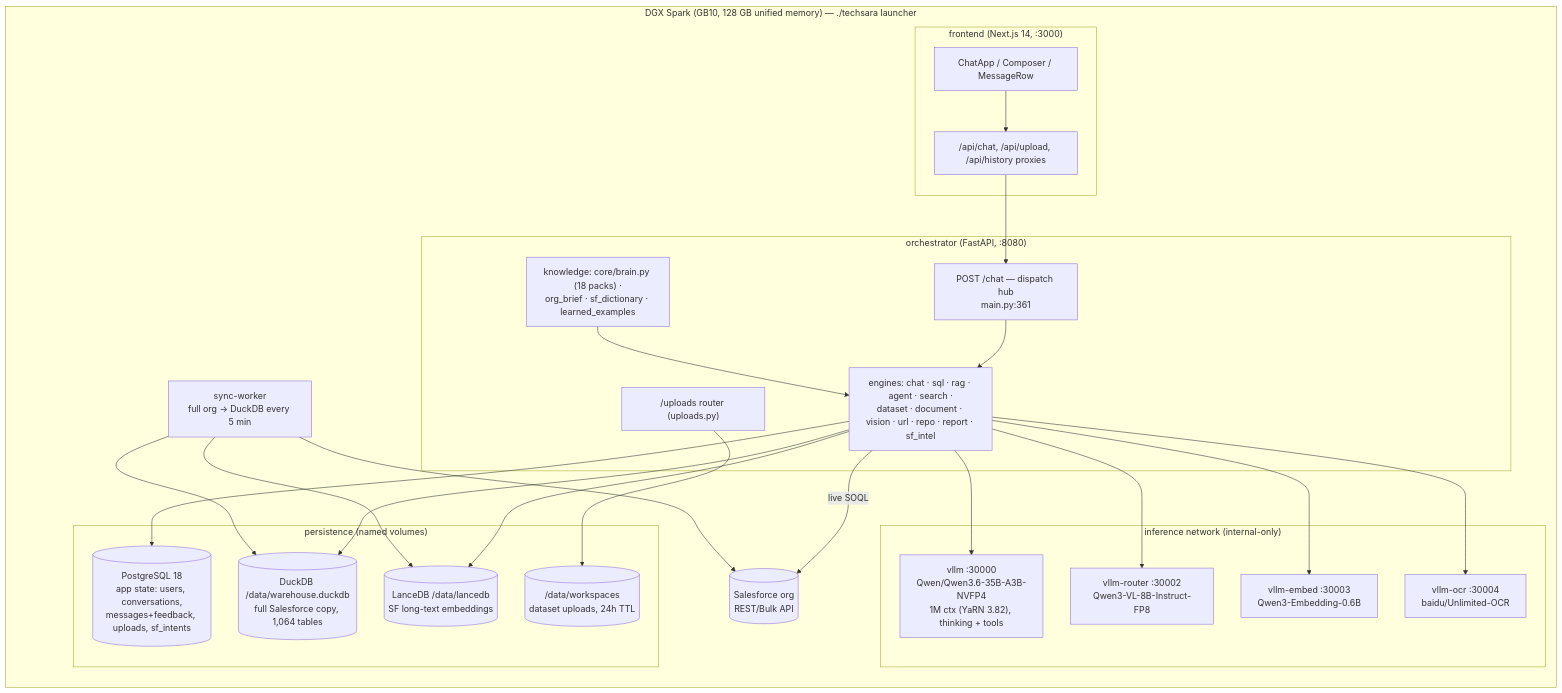
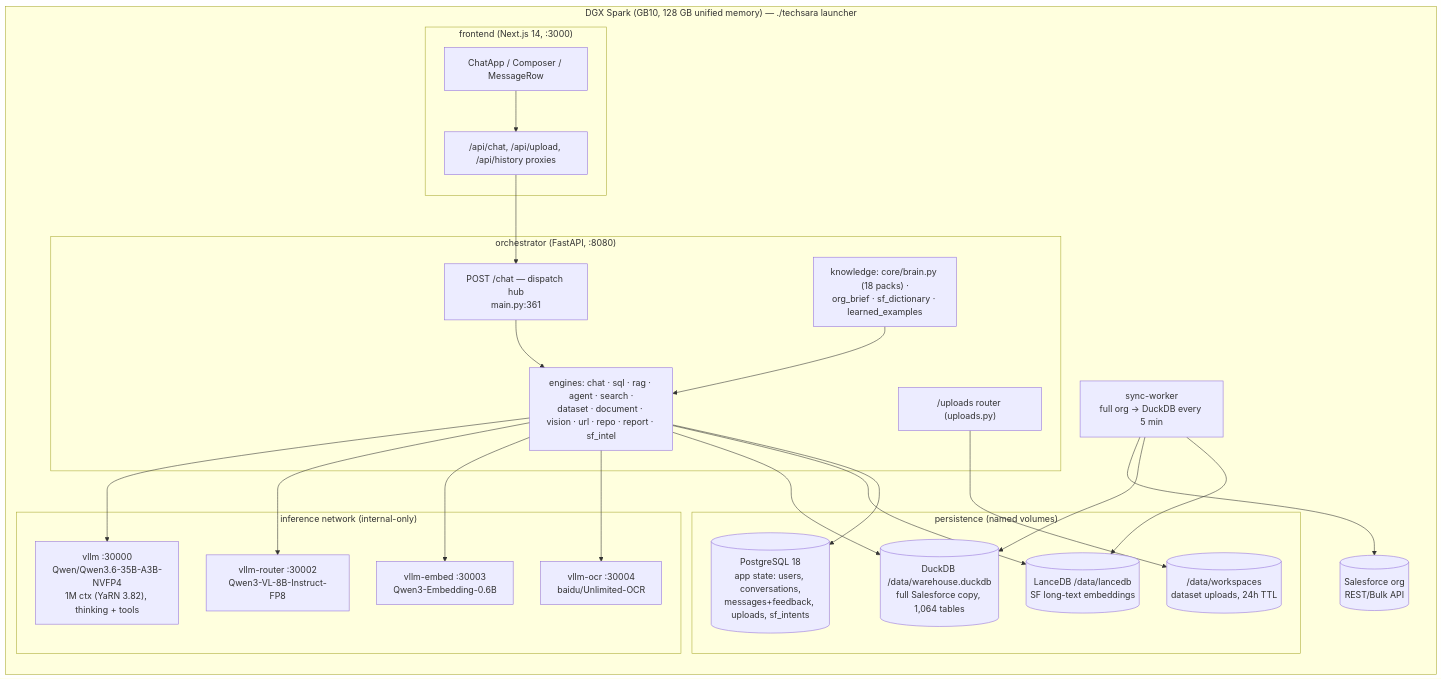
The diagram in docs/ARCHITECTURE_CURRENT.md (namanjain221995/personal-LLM-Chabot), drawn with Mermaid before and after one commit. The commit also changed other lines of this file and 97 other files, not shown here.

````diff
--- a/docs/ARCHITECTURE_CURRENT.md
+++ b/docs/ARCHITECTURE_CURRENT.md
@@ -15,37 +19,36 @@
 ```mermaid
 flowchart LR
     subgraph Host["DGX Spark (GB10, 128 GB unified memory) — ./techsara launcher"]
         subgraph FE["frontend (Next.js 14, :3000)"]
             UI[ChatApp / Composer / MessageRow]
             PROXY["/api/chat, /api/upload, /api/history proxies"]
         end
         subgraph ORCH["orchestrator (FastAPI, :8080)"]
             CHAT["POST /chat — dispatch hub<br/>main.py:361"]
             ENG["engines: chat · sql · rag · agent · search ·<br/>dataset · document · vision · url · repo · report · sf_intel"]
             BRAIN["knowledge: core/brain.py (18 packs) ·<br/>org_brief · sf_dictionary · learned_examples"]
             UP["/uploads router (uploads.py)"]
         end
         subgraph MODELS["inference network (internal-only)"]
             VMAIN["vllm :30000<br/>Qwen/Qwen3.6-35B-A3B-NVFP4<br/>1M ctx (YaRN 3.82), thinking + tools"]
             VROUTER["vllm-router :30002<br/>Qwen3-VL-8B-Instruct-FP8"]
             VEMBED["vllm-embed :30003<br/>Qwen3-Embedding-0.6B"]
             VOCR["vllm-ocr :30004<br/>baidu/Unlimited-OCR"]
         end
         subgraph DATA["persistence (named volumes)"]
             PG[(PostgreSQL 18<br/>app state: users, conversations,<br/>messages+feedback, uploads, sf_intents)]
             DUCK[(DuckDB /data/warehouse.duckdb<br/>full Salesforce copy, 1,064 tables)]
             LANCE[(LanceDB /data/lancedb<br/>SF long-text embeddings)]
             WS[(/data/workspaces<br/>dataset uploads, 24h TTL)]
         end
         SYNC["sync-worker<br/>full org → DuckDB every 5 min"]
         SF[(Salesforce org<br/>REST/Bulk API)]
     end
     UI --> PROXY --> CHAT --> ENG
     ENG --> VMAIN & VROUTER & VEMBED & VOCR
     ENG --> DUCK & LANCE & PG
-    ENG -->|live SOQL| SF
     BRAIN --> ENG
     UP --> WS
     SYNC --> SF
     SYNC --> DUCK & LANCE
 ```
````
